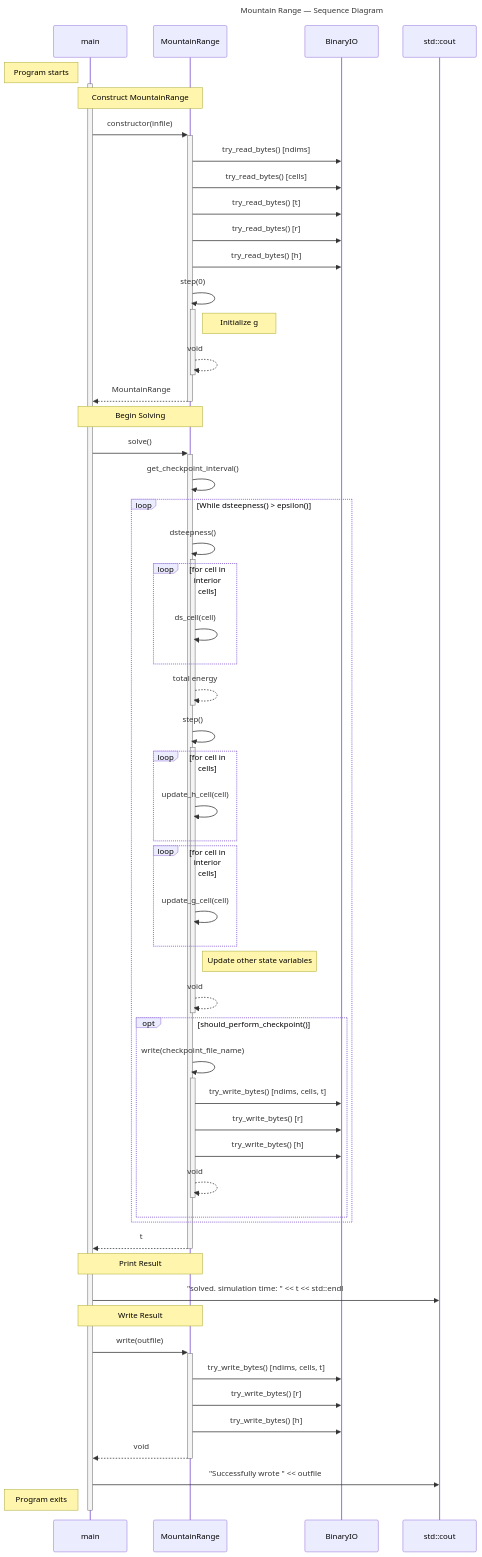
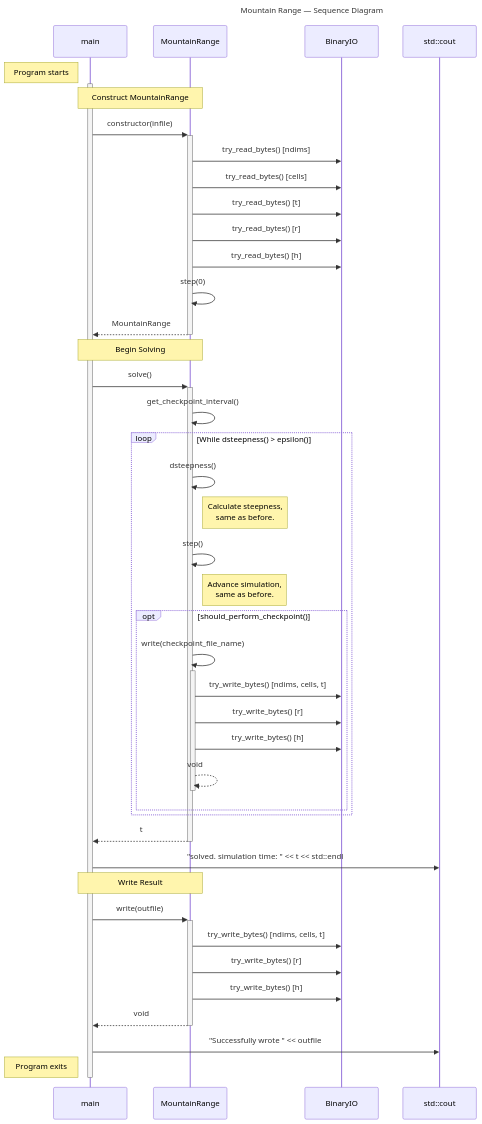
One commit to BYUHPC/sci-comp-course-example-cxx changed the diagram in docs/MountainRange-sequence-diagram.md. Above: the diagram before and after it, drawn with Mermaid. The commit also changed other lines of this file, not shown here.

Commit message:
Emphasize differences from MountainRangeBasic SD

```diff
--- a/docs/MountainRange-sequence-diagram.md
+++ b/docs/MountainRange-sequence-diagram.md
@@ -43,9 +43,7 @@
     MR->>BIO: try_read_bytes() [r]
     MR->>BIO: try_read_bytes() [h]
 
-    MR->>+MR: step(0)
-    note right of MR: Initialize g
-    MR-->>-MR: void
+    MR->>MR: step(0)
 MR-->>-main: MountainRange
 %% End construct MountainRange
 
@@ -56,27 +54,12 @@
     loop While dsteepness() > epsilon()
         
         %% Evaluate steepness
-        MR->>+MR: dsteepness()
-            loop for cell in interior cells
-                MR->>MR: ds_cell(cell)
-            end
-        MR-->>-MR: total energy
+        MR->>MR: dsteepness()
+        note right of MR: Calculate steepness,<br>same as before.
         
         %% Perform step
-        MR->>+MR: step()
-            %% Modify h cells
-            loop for cell in cells
-                MR->>MR: update_h_cell(cell)
-            end
-
-            %% Modify g cells
-            loop for cell in interior cells
-                MR->>MR: update_g_cell(cell)
-            end
-
-            %% Update other state variables
-            note right of MR: Update other state variables
-        MR-->>-MR: void
+        MR->>MR: step()
+        note right of MR: Advance simulation,<br>same as before.
 
         %% Optionally checkpoint
         opt should_perform_checkpoint()
@@ -93,7 +76,6 @@
 %% End solve
 
 %% Print result
-note over main,MR: Print Result
 main->>cout: "solved. simulation time: " << t << std::endl
 %% end print
 
```
